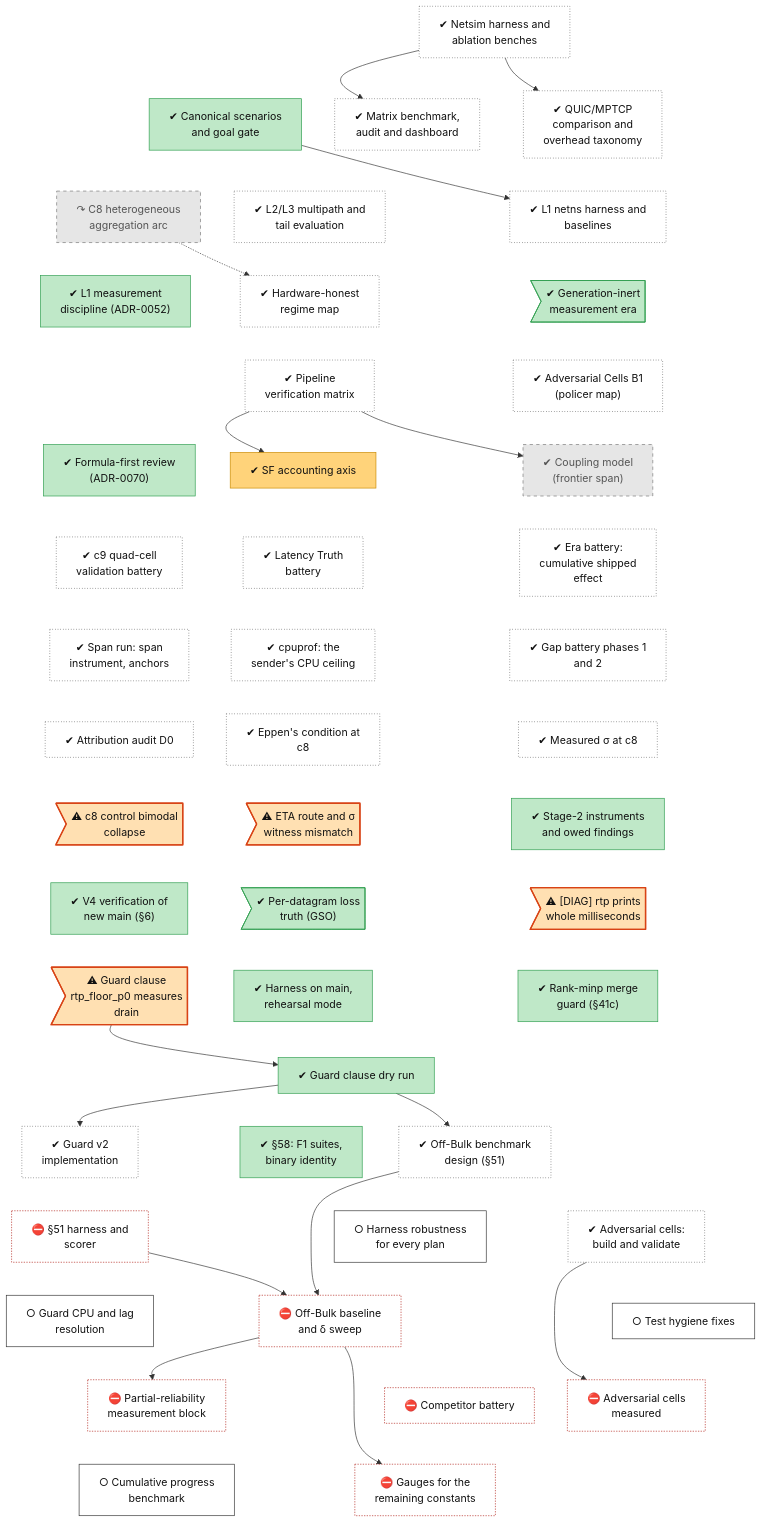
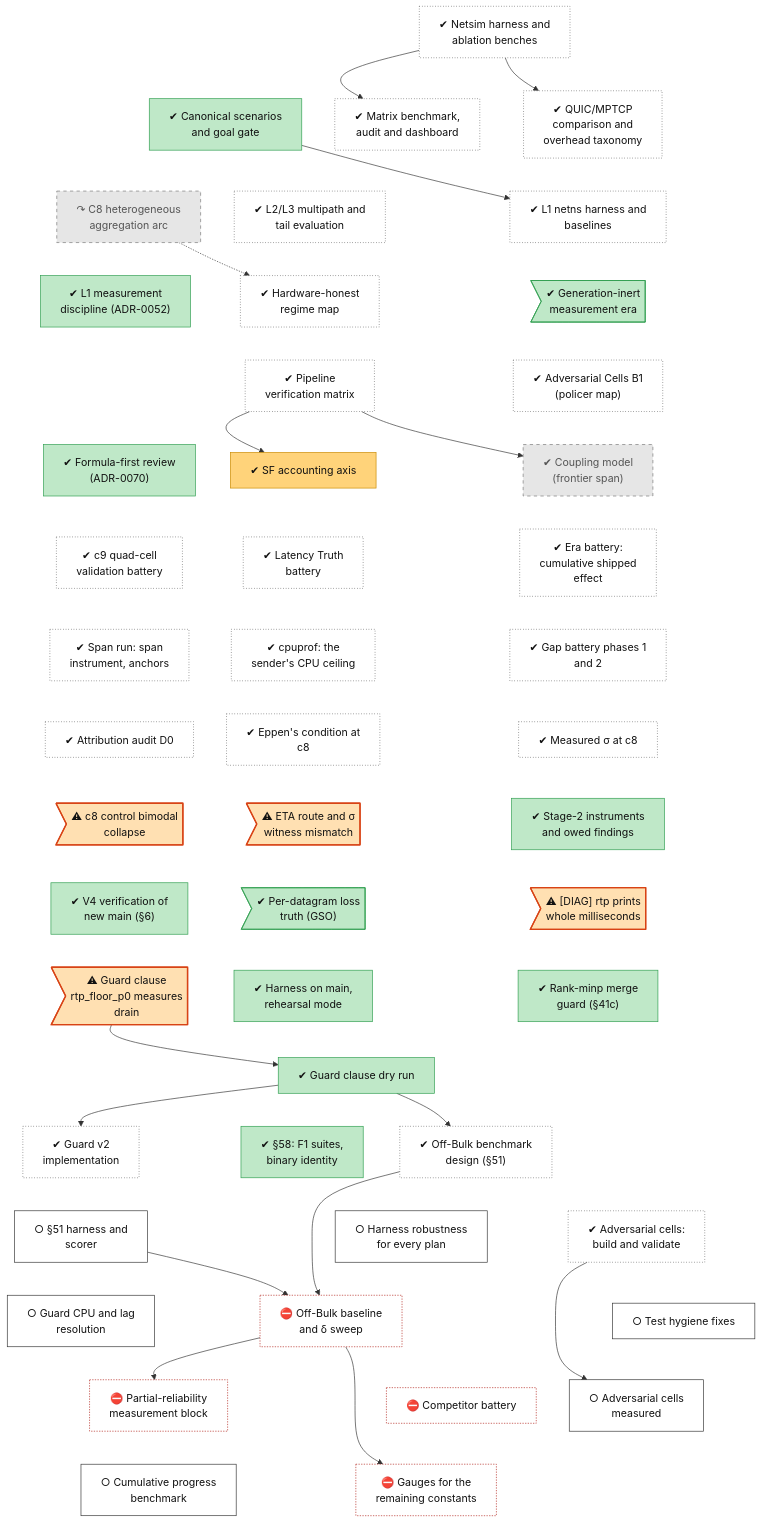
Before and after one commit to lhns/raptorpath: the diagram in docs/roadmap/tracks/meas.md, drawn with Mermaid. The commit also changed other lines of this file and 13 other files, not shown here.

````diff
--- a/docs/roadmap/tracks/meas.md
+++ b/docs/roadmap/tracks/meas.md
@@ -46,14 +46,14 @@
     meas_guard_v2_impl["✔ Guard v2<br/>implementation"]
     meas_s51_design["✔ Off-Bulk benchmark<br/>design (#167;51)"]
     meas_s58_session["✔ #167;58: F1 suites,<br/>binary identity"]
-    meas_s51_harness["⛔ #167;51 harness and<br/>scorer"]
+    meas_s51_harness["○ #167;51 harness and<br/>scorer"]
     meas_adversarial_cells_build["✔ Adversarial cells:<br/>build and validate"]
     meas_harness_robustness["○ Harness robustness<br/>for every plan"]
     meas_guard_resolution["○ Guard CPU and lag<br/>resolution"]
     meas_test_hygiene["○ Test hygiene fixes"]
     meas_s51_session["⛔ Off-Bulk baseline<br/>and δ sweep"]
     meas_s51b_rho["⛔ Partial-reliability<br/>measurement block"]
-    meas_adversarial_cells_run["⛔ Adversarial cells<br/>measured"]
+    meas_adversarial_cells_run["○ Adversarial cells<br/>measured"]
     meas_competitor_battery["⛔ Competitor battery"]
     meas_progress_baseline["○ Cumulative progress<br/>benchmark"]
     meas_fix_gauges_p3["⛔ Gauges for the<br/>remaining constants"]
@@ -140,6 +140,6 @@
     class meas_c8_aggregation_arc,meas_coupling_model dead
     class meas_sf_accounting mixed
     class meas_defect_eta_witness,meas_defect_c8_bimodal,meas_defect_diag_rtp_ms,meas_defect_rtp_floor defect
-    class meas_s51_harness,meas_s51_session,meas_s51b_rho,meas_adversarial_cells_run,meas_competitor_battery,meas_fix_gauges_p3 blocked
-    class meas_harness_robustness,meas_guard_resolution,meas_test_hygiene,meas_progress_baseline next
+    class meas_s51_harness,meas_harness_robustness,meas_guard_resolution,meas_test_hygiene,meas_adversarial_cells_run,meas_progress_baseline next
+    class meas_s51_session,meas_s51b_rho,meas_competitor_battery,meas_fix_gauges_p3 blocked
 ```
````
